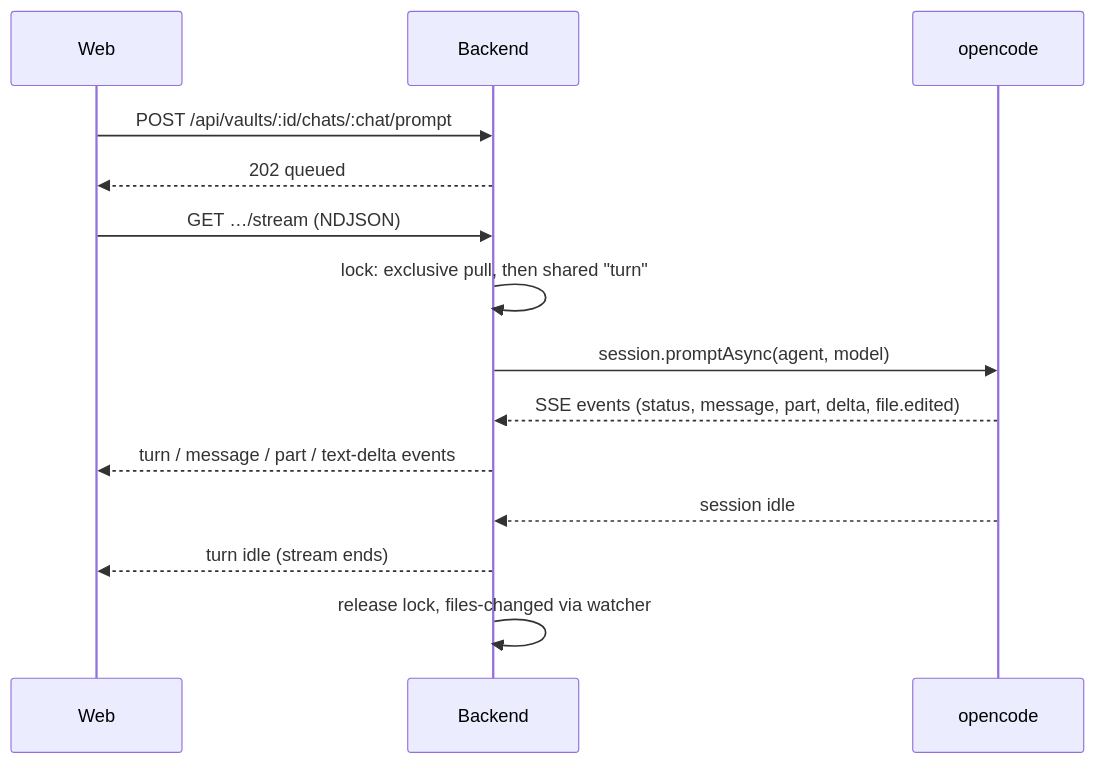
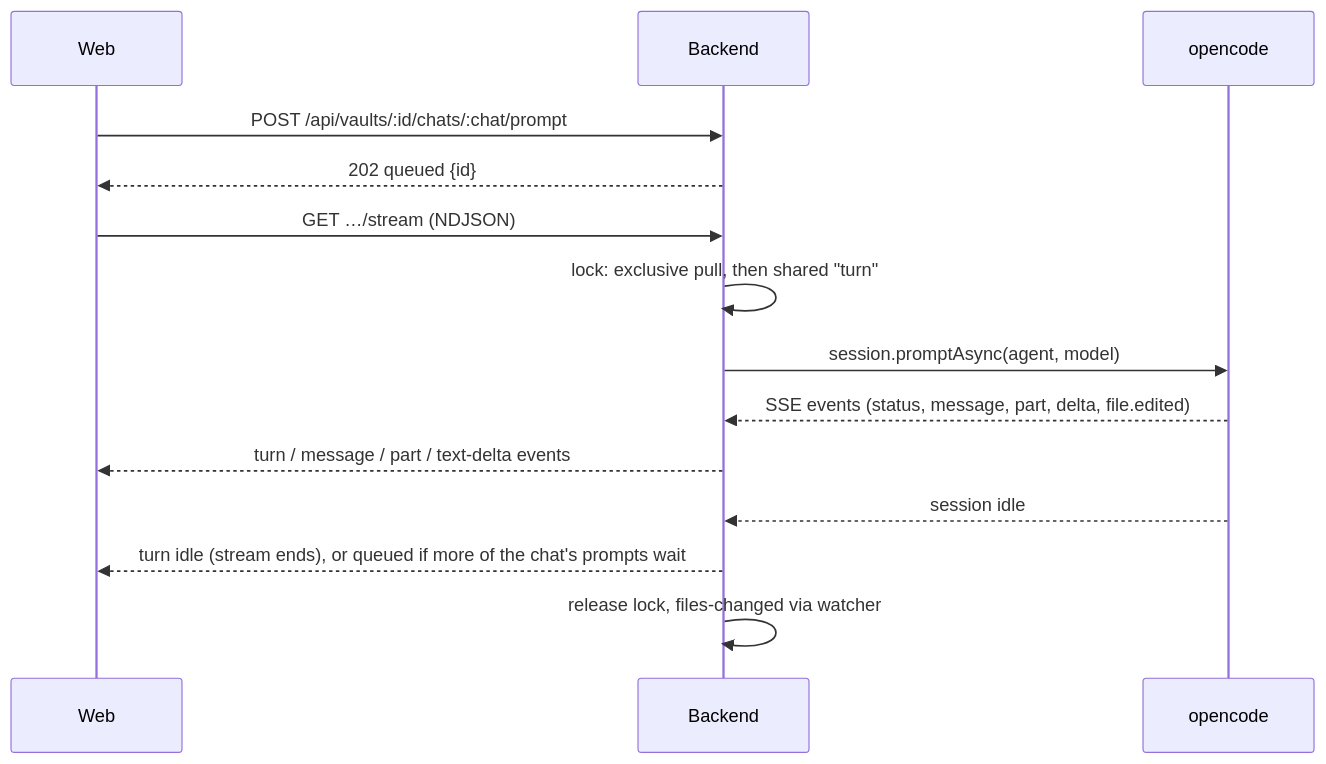
The sixth of 28 diagrams in specs/system/architecture.md (tillg/karpathy.app), drawn with Mermaid before and after one commit. The commit also changed other lines of this file and 3 other files, not shown here.

First line of the commit message:
Specs: type ahead while the AI works - queued prompts, Edit/remove, Stop hands them back (#155)

````diff
--- a/specs/system/architecture.md
+++ b/specs/system/architecture.md
@@ -480,16 +480,16 @@
 ```mermaid
 sequenceDiagram
   participant W as Web
   participant B as Backend
   participant O as opencode
   W->>B: POST /api/vaults/:id/chats/:chat/prompt
-  B-->>W: 202 queued
+  B-->>W: 202 queued {id}
   W->>B: GET …/stream (NDJSON)
   B->>B: lock: exclusive pull, then shared "turn"
   B->>O: session.promptAsync(agent, model)
   O-->>B: SSE events (status, message, part, delta, file.edited)
   B-->>W: turn / message / part / text-delta events
   O-->>B: session idle
-  B-->>W: turn idle (stream ends)
+  B-->>W: turn idle (stream ends), or queued if more of the chat's prompts wait
   B->>B: release lock, files-changed via watcher
 ```
````
